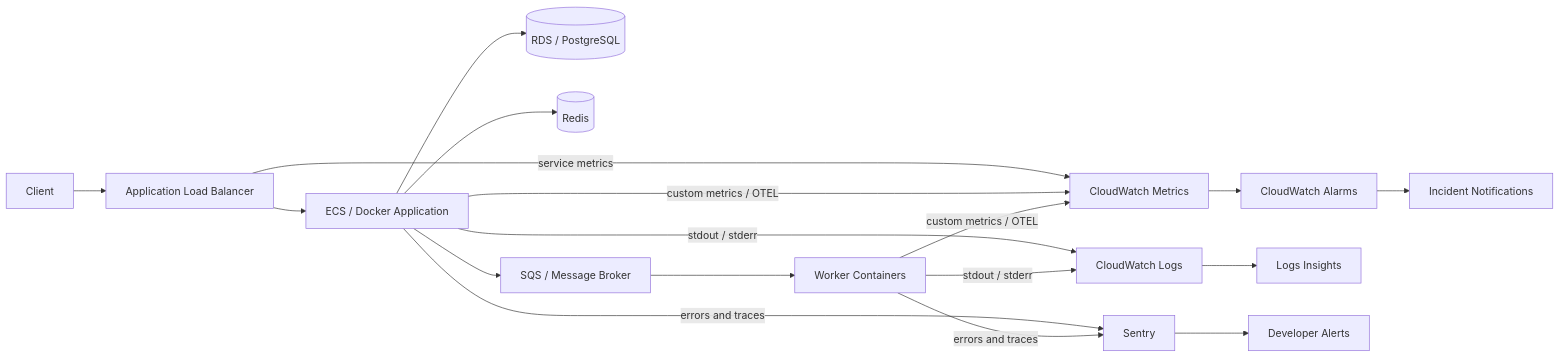
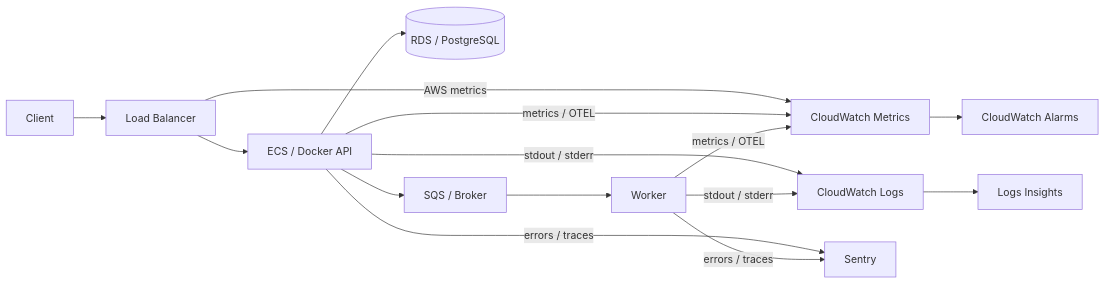
The first of 3 diagrams in src/content/devops/monitoring-logging.md (AvadhBhalodiya/Interview-Preparation), drawn with Mermaid before and after one commit. The commit also changed other lines of this file and 54 other files, not shown here.

````diff
--- a/src/content/devops/monitoring-logging.md
+++ b/src/content/devops/monitoring-logging.md
@@ -22,25 +25,21 @@
 ```mermaid
 flowchart LR
-    U[Client] --> ALB[Application Load Balancer]
-    ALB --> APP[ECS / Docker Application]
+    U[Client] --> ALB[Load Balancer]
+    ALB --> API[ECS / Docker API]
+    API --> DB[(RDS / PostgreSQL)]
+    API --> Q[SQS / Broker]
+    Q --> W[Worker]
 
-    APP --> DB[(RDS / PostgreSQL)]
-    APP --> CACHE[(Redis)]
-    APP --> QUEUE[SQS / Message Broker]
-    QUEUE --> WORKER[Worker Containers]
+    API -- stdout / stderr --> CWL[CloudWatch Logs]
+    W -- stdout / stderr --> CWL
 
-    APP -- stdout / stderr --> CWL[CloudWatch Logs]
-    WORKER -- stdout / stderr --> CWL
+    ALB -- AWS metrics --> CWM[CloudWatch Metrics]
+    API -- metrics / OTEL --> CWM
+    W -- metrics / OTEL --> CWM
 
-    ALB -- service metrics --> CWM[CloudWatch Metrics]
-    APP -- custom metrics / OTEL --> CWM
-    WORKER -- custom metrics / OTEL --> CWM
+    API -- errors / traces --> S[Sentry]
+    W -- errors / traces --> S
 
-    APP -- errors and traces --> SENTRY[Sentry]
-    WORKER -- errors and traces --> SENTRY
-
-    CWM --> ALARM[CloudWatch Alarms]
-    CWL --> INSIGHTS[Logs Insights]
-    ALARM --> NOTIFY[Incident Notifications]
-    SENTRY --> DEV[Developer Alerts]
+    CWM --> A[CloudWatch Alarms]
+    CWL --> LI[Logs Insights]
 ```
````
